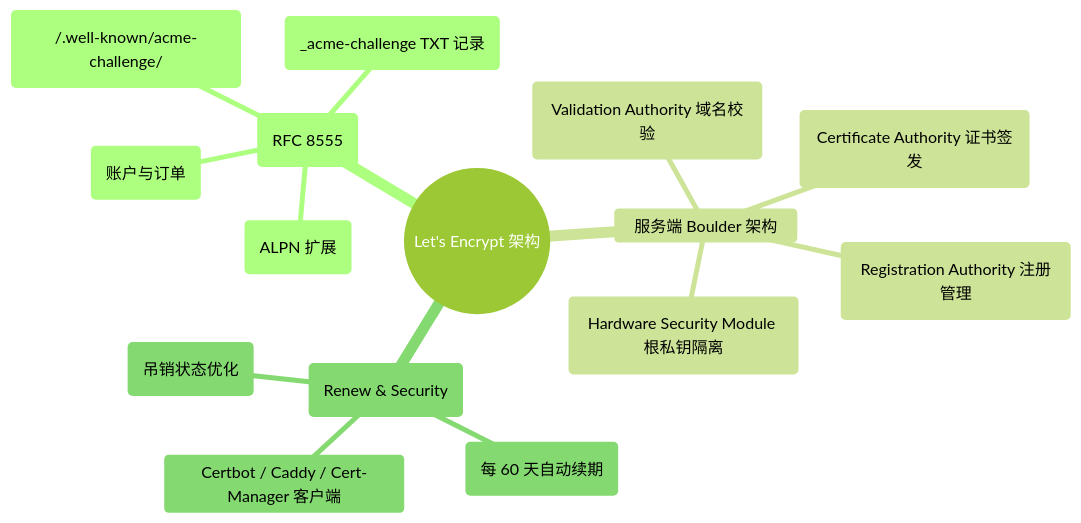
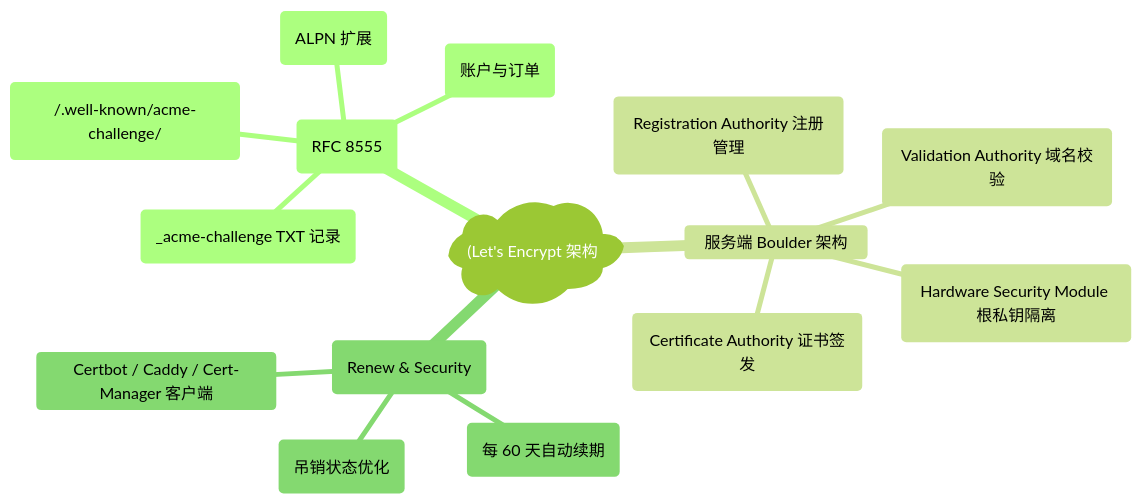
The second of 6 diagrams in docs/atlas/lets-encrypt.mdx (koosai/AI-Architect-Learning), drawn with Mermaid (forest theme) before and after one commit. The commit also changed 187 other files, not shown here.

Commit message:
fix(mermaid): fix all unquoted parens and edge label syntax errors across all docs

````diff
--- a/docs/atlas/lets-encrypt.mdx
+++ b/docs/atlas/lets-encrypt.mdx
@@ -86,18 +86,18 @@
 ```mermaid
 mindmap
-  root((Let's Encrypt 架构))
+  root("(Let's Encrypt 架构"))
     ACME 自动化协议 (RFC 8555)
       New-Account & New-Order (账户与订单)
       HTTP-01 Challenge (/.well-known/acme-challenge/)
       DNS-01 Challenge (_acme-challenge TXT 记录)
       TLS-ALPN-01 Challenge (ALPN 扩展)
     服务端 Boulder 架构
       RA (Registration Authority 注册管理)
       VA (Validation Authority 域名校验)
       CA (Certificate Authority 证书签发)
       HSM (Hardware Security Module 根私钥隔离)
     短生命周期与续期 (Renew & Security)
       90 天有效期 (每 60 天自动续期)
       Certbot / Caddy / Cert-Manager 客户端
       OCSP Must-Staple (吊销状态优化)
 ```
````
